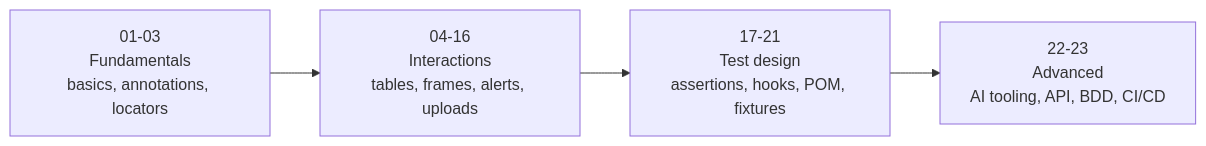
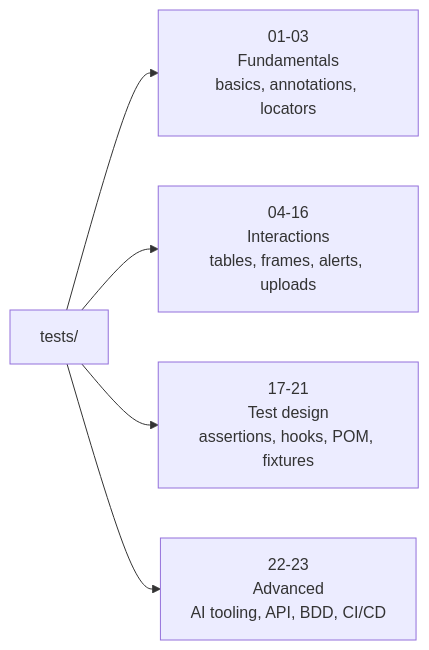
The first of 5 diagrams in README.md (Pratikraj211998/LearningPlaywrightFundamental3X), drawn with Mermaid before and after one commit. The commit also changed other lines of this file, not shown here.

````diff
--- a/README.md
+++ b/README.md
@@ -134,6 +147,7 @@
 ```mermaid
 flowchart LR
-    A["01-03<br/>Fundamentals<br/>basics, annotations, locators"] --> B["04-16<br/>Interactions<br/>tables, frames, alerts, uploads"]
-    B --> C["17-21<br/>Test design<br/>assertions, hooks, POM, fixtures"]
-    C --> D["22-23<br/>Advanced<br/>AI tooling, API, BDD, CI/CD"]
+    A[tests/] --> B[01-03<br/>Fundamentals<br/>basics, annotations, locators]
+    A --> C[04-16<br/>Interactions<br/>tables, frames, alerts, uploads]
+    A --> D[17-21<br/>Test design<br/>assertions, hooks, POM, fixtures]
+    A --> E[22-23<br/>Advanced<br/>AI tooling, API, BDD, CI/CD]
 ```
````
